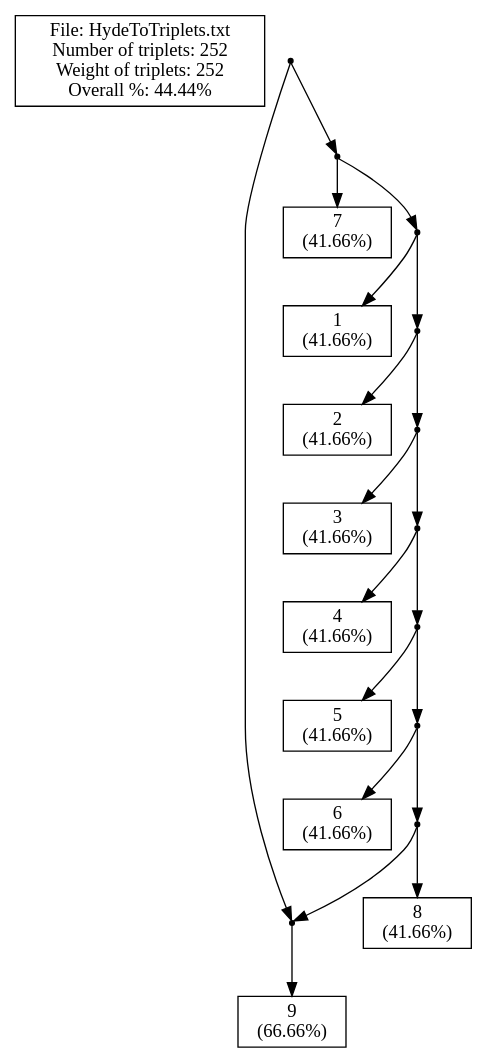
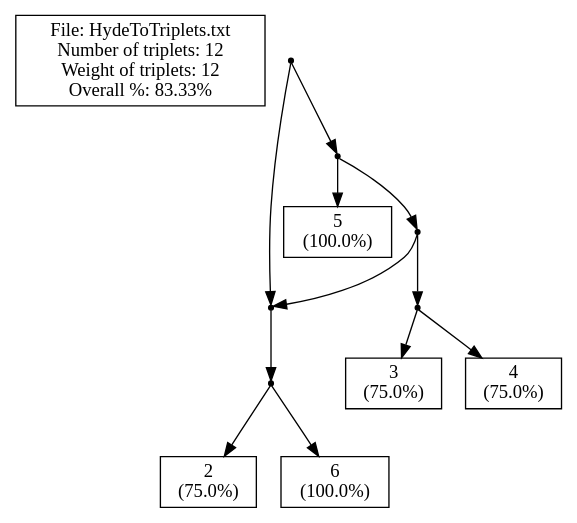
The diagram in New/Server/cExample1.dot (solislemuslab/phylo-knit), drawn with Graphviz before and after one commit. The commit also changed 10 other files, not shown here.

```diff
--- a/New/Server/cExample1.dot
+++ b/New/Server/cExample1.dot
@@ -1,66 +1,52 @@
 // LEV1ATHAN Version 1.0, 21 september 2009
 // COMMENT: Pre-processing the input file to count the leaves
-// COMMENT: Pre-processing showed that there are 9 leaves in the input.
-// SUMMARY: Input had 9 leaves.
+// COMMENT: Pre-processing showed that there are 5 leaves in the input.
+// SUMMARY: Input had 5 leaves.
 // USER-SETTING: Will *not* post-process output to collapse edges.
 // COMMENT: Triplet set is already dense.
-// SUMMARY: There are 252 triplets in the input.
-// SUMMARY: Total weight of input triplets is 252.
+// SUMMARY: There are 12 triplets in the input.
+// SUMMARY: Total weight of input triplets is 12.
 // SUMMARY: (Before post-processing)
-// SUMMARY: We got 112 units of triplet weight, that's 44.44% of total weight.
-// SUMMARY: In total 140 units of triplet weight were -not- consistent with the ouput network.
-// SUMMARY: Output network contained 0 triplets -not- in the original input.
-// SUMMARY: The symmetric difference is thus 140 + (1 * 0) = 140
+// SUMMARY: We got 10 units of triplet weight, that's 83.33% of total weight.
+// SUMMARY: In total 2 units of triplet weight were -not- consistent with the ouput network.
+// SUMMARY: Output network contained 4 triplets -not- in the original input.
+// SUMMARY: The symmetric difference is thus 2 + (1 * 4) = 6
 // SUMMARY: (After post-processing)
 strict digraph G1 {
 edge [fontsize=8]
-labelbox [shape=box, width=0.4, label="File: HydeToTriplets.txt\nNumber of triplets: 252\nWeight of triplets: 252\nOverall %: 44.44%"];
+labelbox [shape=box, width=0.4, label="File: HydeToTriplets.txt\nNumber of triplets: 12\nWeight of triplets: 12\nOverall %: 83.33%"];
 1000 [shape=point];
 1001 [shape=point];
-9 [shape=box, width=0.3, label="9\n(66.66%)"];
-1003 [shape=point];
-7 [shape=box, width=0.3, label="7\n(41.66%)"];
+1002 [shape=point];
+2 [shape=box, width=0.3, label="2\n(75.0%)"];
+5 [shape=box, width=0.3, label="6\n(100.0%)"];
 1005 [shape=point];
-2 [shape=box, width=0.3, label="1\n(41.66%)"];
+4 [shape=box, width=0.3, label="5\n(100.0%)"];
 1007 [shape=point];
-1 [shape=box, width=0.3, label="2\n(41.66%)"];
-1009 [shape=point];
-3 [shape=box, width=0.3, label="3\n(41.66%)"];
-1011 [shape=point];
-4 [shape=box, width=0.3, label="4\n(41.66%)"];
-1013 [shape=point];
-5 [shape=box, width=0.3, label="5\n(41.66%)"];
-1015 [shape=point];
-6 [shape=box, width=0.3, label="6\n(41.66%)"];
-1017 [shape=point];
-8 [shape=box, width=0.3, label="8\n(41.66%)"];
+1008 [shape=point];
+1 [shape=box, width=0.3, label="3\n(75.0%)"];
+3 [shape=box, width=0.3, label="4\n(75.0%)"];
 1000 -> 1001
-1000 -> 1003
-1001 -> 9
-1003 -> 7
-1003 -> 1005
-1005 -> 2
+1000 -> 1005
+1001 -> 1002
+1002 -> 2
+1002 -> 5
+1005 -> 4
 1005 -> 1007
-1007 -> 1
-1007 -> 1009
-1009 -> 3
-1009 -> 1011
-1011 -> 4
-1011 -> 1013
-1013 -> 5
-1013 -> 1015
-1015 -> 6
-1015 -> 1017
-1017 -> 8
-1017 -> 1001
-1001 -> 9
+1007 -> 1008
+1007 -> 1001
+1008 -> 1
+1008 -> 3
+1001 -> 1002
+1002 -> 2
+1002 -> 5
 }
-// SUMMARY: eNewick output: ((9)#H1,(7,(1,(2,(3,(4,(5,(6,(8,#H1)))))))));
-// SUMMARY: In total 140 units of triplet weight were -not- consistent with the ouput network.
-// SUMMARY: Output network contained 0 triplets -not- in the original input.
+// SUMMARY: eNewick output: (((2,6))#H1,(5,((3,4),#H1)));
+// SUMMARY: In total 2 units of triplet weight were -not- consistent with the ouput network.
+// SUMMARY: Output network contained 4 triplets -not- in the original input.
 // SUMMARY: Weight of missing triplets before contraction minus weight of missing triplets afterwards: 0
 // SUMMARY: Number of surplus triplets before contraction minus number of surplus triplets afterwards: 0
-// CONCLUSION: After post-processing we got 112 units of triplet weight, that's 44.44% of total weight (before post-processing this was 44.44%).
-// CONCLUSION: After post-processing the symmetric difference is thus 140 + (1 * 0) = 140 (before post-processing this was 140)
-// STAT: PERCENTAGE = 44.44
-// STAT: NETWORK-TRIPLET SD = 140
+// CONCLUSION: After post-processing we got 10 units of triplet weight, that's 83.33% of total weight (before post-processing this was 83.33%).
+// CONCLUSION: After post-processing the symmetric difference is thus 2 + (1 * 4) = 6 (before post-processing this was 6)
+// STAT: PERCENTAGE = 83.33
+// STAT: NETWORK-TRIPLET SD = 6
```
